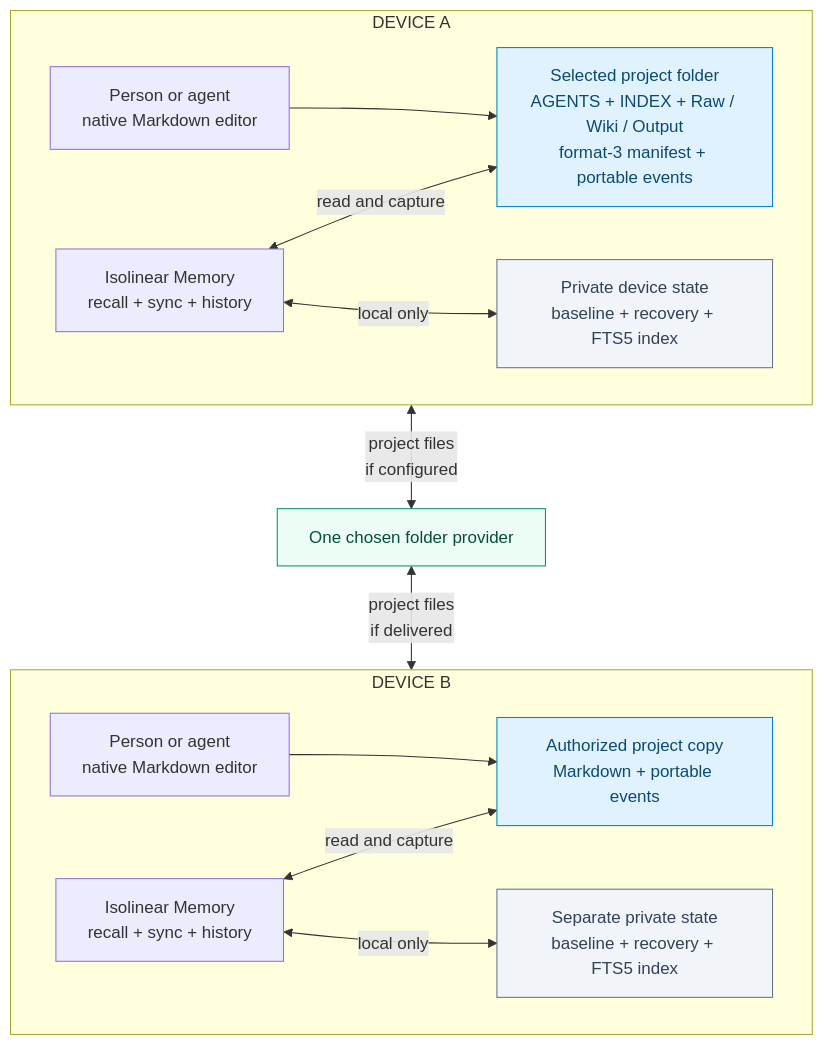
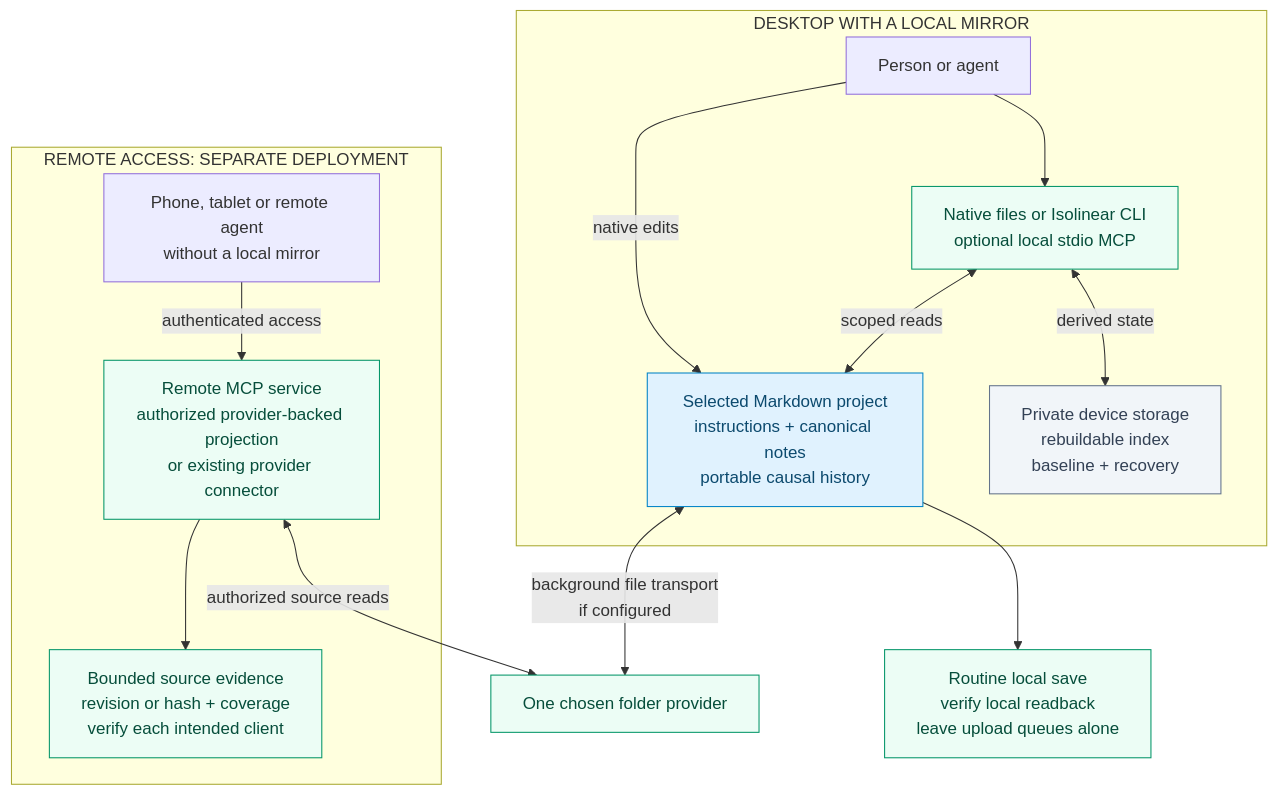
The first of 6 diagrams in docs/DIAGRAMS.md (Kian-hdr/isolinear-memory), drawn with Mermaid before and after one commit. The commit also changed other lines of this file and 24 other files, not shown here.

First line of the commit message:
Explain Isolinear architecture and simplify setup guidance (#7)

````diff
--- a/docs/DIAGRAMS.md
+++ b/docs/DIAGRAMS.md
@@ -18,25 +18,24 @@
 ```mermaid
 flowchart TB
-  accTitle: One selected project, separate private device state
-  accDescr: Each device holds a selected Markdown project and a private baseline, recovery state and FTS5 index. Isolinear Memory reads and records only the selected project. Provider sync scope is configured separately; the private state is outside the project route.
-  subgraph A["DEVICE A"]
-    direction LR
-    AE["Person or agent<br/>native Markdown editor"] --> AF["Selected project folder<br/>AGENTS + INDEX + Raw / Wiki / Output<br/>format-3 manifest + portable events"]
-    AM["Isolinear Memory<br/>recall + sync + history"] <-->|"read and capture"| AF
-    AM <-->|"local only"| AS["Private device state<br/>baseline + recovery + FTS5 index"]
+  accTitle: One source of knowledge, local and remote access paths
+  accDescr: Desktop agents use native files, CLI or optional local stdio MCP over one selected Markdown project. Private indexes are rebuildable. A phone without a mirror needs a separately deployed authenticated remote service or an existing provider connector. Remote access and client acceptance are separate from the local release.
+  subgraph A["DESKTOP WITH A LOCAL MIRROR"]
+    AE["Person or agent"] --> AM["Native files or Isolinear CLI<br/>optional local stdio MCP"]
+    AM <-->|"scoped reads"| AF["Selected Markdown project<br/>instructions + canonical notes<br/>portable causal history"]
+    AM <-->|"derived state"| AS["Private device storage<br/>rebuildable index<br/>baseline + recovery"]
+    AE -->|"native edits"| AF
   end
-  AF <-->|"project files<br/>if configured"| P["One chosen folder provider"]
-  P <-->|"project files<br/>if delivered"| BF
-  subgraph B["DEVICE B"]
-    direction LR
-    BE["Person or agent<br/>native Markdown editor"] --> BF["Authorized project copy<br/>Markdown + portable events"]
-    BM["Isolinear Memory<br/>recall + sync + history"] <-->|"read and capture"| BF
-    BM <-->|"local only"| BS["Separate private state<br/>baseline + recovery + FTS5 index"]
+  AF <-->|"background file transport<br/>if configured"| P["One chosen folder provider"]
+  subgraph B["REMOTE ACCESS: SEPARATE DEPLOYMENT"]
+    BE["Phone, tablet or remote agent<br/>without a local mirror"] -->|"authenticated access"| BM["Remote MCP service<br/>authorized provider-backed projection<br/>or existing provider connector"]
+    BM --> O["Bounded source evidence<br/>revision or hash + coverage<br/>verify each intended client"]
   end
+  BM <-->|"authorized source reads"| P
+  AF --> V["Routine local save<br/>verify local readback<br/>leave upload queues alone"]
   classDef project fill:#e0f2fe,stroke:#0284c7,color:#0c4a6e;
   classDef private fill:#f1f5f9,stroke:#64748b,color:#334155;
   classDef route fill:#ecfdf5,stroke:#059669,color:#064e3b;
-  class AF,BF project;
-  class AS,BS private;
-  class P route;
+  class AF project;
+  class AS private;
+  class P,AM,BM,O,V route;
 ```
````
